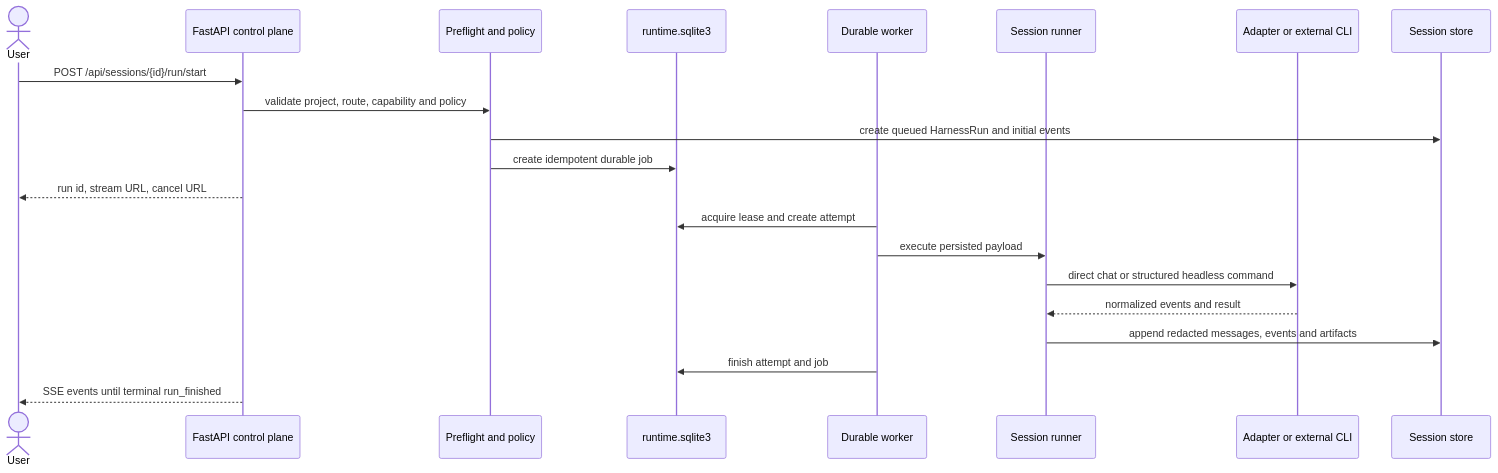
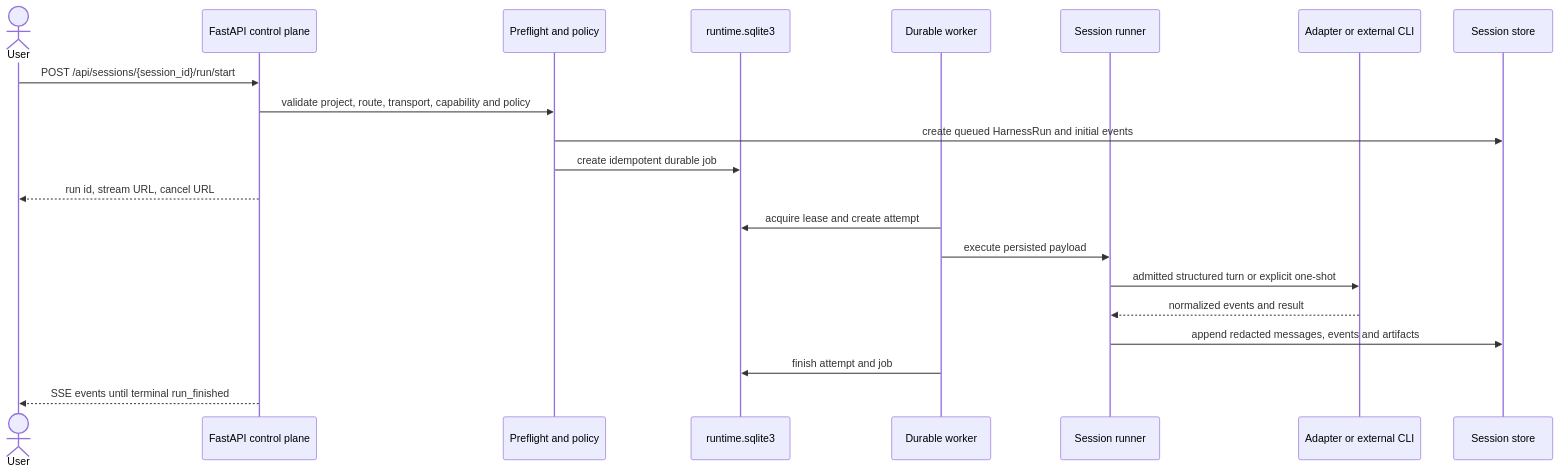
One commit to ai-forever/gpt2giga changed the second of 3 diagrams in docs/architecture/harness.md. Above: the diagram before and after it, drawn with Mermaid. The commit also changed other lines of this file and 11 other files, not shown here.

````diff
--- a/docs/architecture/harness.md
+++ b/docs/architecture/harness.md
@@ -69,24 +76,24 @@
 ```mermaid
 sequenceDiagram
     actor U as User
     participant API as FastAPI control plane
     participant P as Preflight and policy
     participant DB as runtime.sqlite3
     participant W as Durable worker
     participant R as Session runner
     participant A as Adapter or external CLI
     participant S as Session store
 
-    U->>API: POST /api/sessions/{id}/run/start
-    API->>P: validate project, route, capability and policy
+    U->>API: POST /api/sessions/{session_id}/run/start
+    API->>P: validate project, route, transport, capability and policy
     P->>S: create queued HarnessRun and initial events
     P->>DB: create idempotent durable job
     API-->>U: run id, stream URL, cancel URL
     W->>DB: acquire lease and create attempt
     W->>R: execute persisted payload
-    R->>A: direct chat or structured headless command
+    R->>A: admitted structured turn or explicit one-shot
     A-->>R: normalized events and result
     R->>S: append redacted messages, events and artifacts
     W->>DB: finish attempt and job
     API-->>U: SSE events until terminal run_finished
 ```
````
